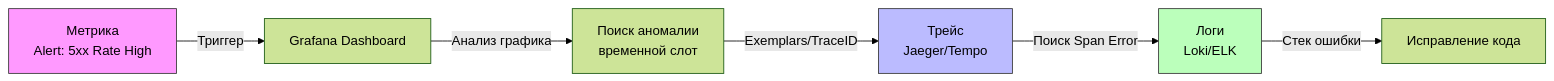
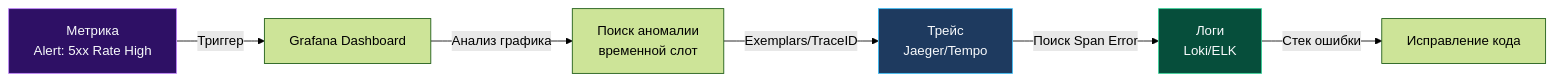
One commit to UnrealTemplier/go-textbook changed the diagram in sources/18. Observability (Мониторинг и наблюдаемость)/01. Основы/3. Три столпа observability.md. Above: the diagram before and after it, drawn with Mermaid (forest theme). The commit also changed 310 other files, not shown here.

First line of the commit message:
fix(mermaid): replace light fill colors with dark palette for readability on dark theme

````diff
--- a/sources/18. Observability (Мониторинг и наблюдаемость)/01. Основы/3. Три столпа observability.md
+++ b/sources/18. Observability (Мониторинг и наблюдаемость)/01. Основы/3. Три столпа observability.md
@@ -15,12 +15,12 @@
 ```mermaid
 flowchart LR
     A["Метрика<br>Alert: 5xx Rate High"] -->|Триггер| B["Grafana Dashboard"]
     B -->|Анализ графика| C["Поиск аномалии<br>временной слот"]
     C -->|Exemplars/TraceID| D["Трейс<br>Jaeger/Tempo"]
     D -->|Поиск Span Error| E["Логи<br>Loki/ELK"]
     E -->|Стек ошибки| F["Исправление кода"]
 
-    style A fill:#f9f,stroke:#333
-    style D fill:#bbf,stroke:#333
-    style E fill:#bfb,stroke:#333
+    style A fill:#2e1065,stroke:#c084fc,color:#f8fafc
+    style D fill:#1e3a5f,stroke:#38bdf8,color:#f8fafc
+    style E fill:#064e3b,stroke:#34d399,color:#f8fafc
 ```
````
